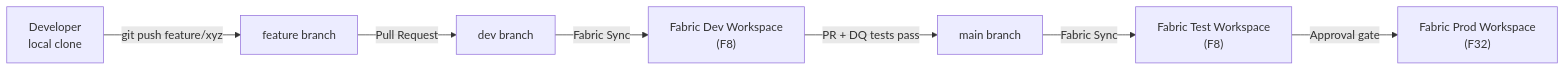
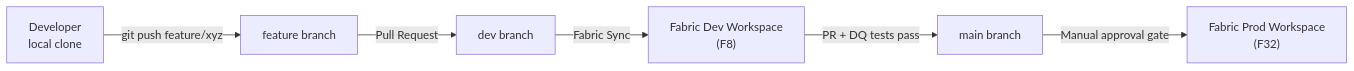
Before and after one commit to VMeida/mkc-assessment: the diagram in mkc_docs/docs/02_devops/git-workflow.md, drawn with Mermaid. The commit also changed other lines of this file and 3 other files, not shown here.

````diff
--- a/mkc_docs/docs/02_devops/git-workflow.md
+++ b/mkc_docs/docs/02_devops/git-workflow.md
@@ -7,9 +7,8 @@
 ```mermaid
 flowchart LR
     A[Developer<br/>local clone] -->|git push feature/xyz| B[feature branch]
     B -->|Pull Request| C[dev branch]
     C -->|Fabric Sync| D["Fabric Dev Workspace<br/>(F8)"]
     D -->|PR + DQ tests pass| E[main branch]
-    E -->|Fabric Sync| F["Fabric Test Workspace<br/>(F8)"]
-    F -->|Approval gate| G["Fabric Prod Workspace<br/>(F32)"]
+    E -->|Manual approval gate| F["Fabric Prod Workspace<br/>(F32)"]
 ```
````
